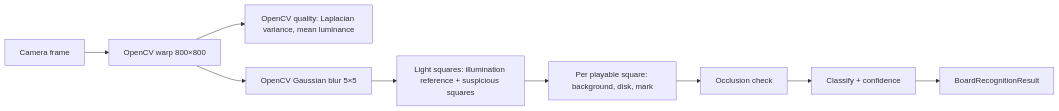
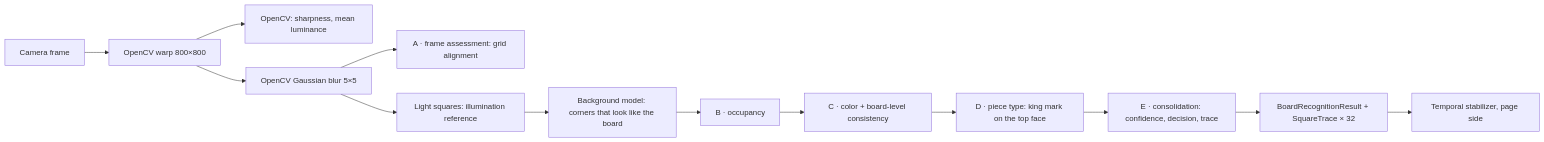
The diagram in docs/vision/recognition.md (Mardoniosc/DamasVision), drawn with Mermaid before and after one commit. The commit also changed other lines of this file and 60 other files, not shown here.

````diff
--- a/docs/vision/recognition.md
+++ b/docs/vision/recognition.md
@@ -7,11 +9,15 @@
 ```mermaid
 flowchart LR
     Frame[Camera frame] --> Warp[OpenCV warp 800×800]
-    Warp --> Quality[OpenCV quality: Laplacian variance, mean luminance]
+    Warp --> Quality[OpenCV: sharpness, mean luminance]
     Warp --> Denoise[OpenCV Gaussian blur 5×5]
-    Denoise --> Light[Light squares: illumination reference + suspicious squares]
-    Light --> Features[Per playable square: background, disk, mark]
-    Features --> Occlusion[Occlusion check]
-    Occlusion --> Classify[Classify + confidence]
-    Classify --> Result[BoardRecognitionResult]
+    Denoise --> A[A · frame assessment: grid alignment]
+    Denoise --> Light[Light squares: illumination reference]
+    Light --> BG[Background model: corners that look like the board]
+    BG --> B[B · occupancy]
+    B --> C[C · color + board-level consistency]
+    C --> D[D · piece type: king mark on the top face]
+    D --> E[E · consolidation: confidence, decision, trace]
+    E --> Result[BoardRecognitionResult + SquareTrace × 32]
+    Result --> T[Temporal stabilizer, page side]
 ```
````
